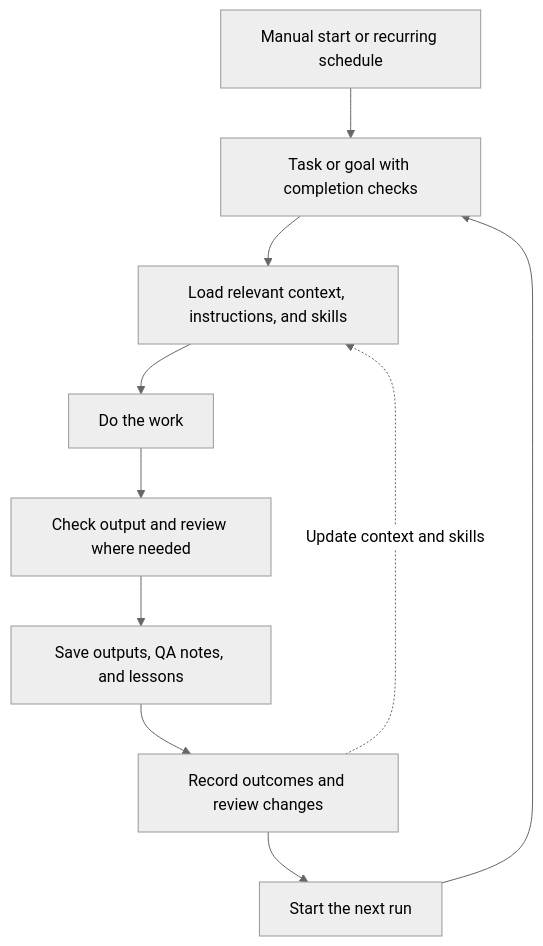
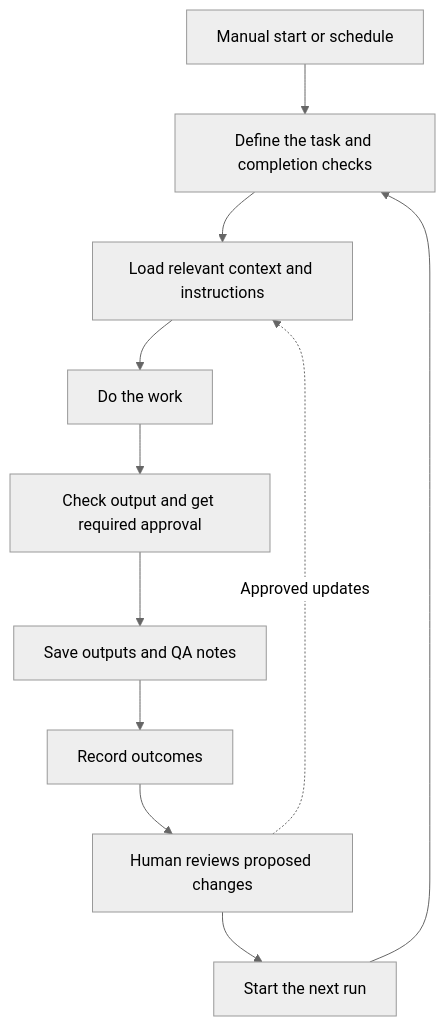
One commit to JamesonCodes/project-showcase changed the diagram in docs/repository-driven-ai-workflows.md. Above: the diagram before and after it, drawn with Mermaid (neutral theme). The commit also changed other lines of this file, not shown here.

````diff
--- a/docs/repository-driven-ai-workflows.md
+++ b/docs/repository-driven-ai-workflows.md
@@ -17,12 +15,13 @@
 ```mermaid
 flowchart TD
-    Start[Manual start or recurring schedule] --> Task[Task or goal with completion checks]
-    Task --> Context[Load relevant context, instructions, and skills]
+    Start[Manual start or schedule] --> Task[Define the task and completion checks]
+    Task --> Context[Load relevant context and instructions]
     Context --> Work[Do the work]
-    Work --> Review[Check output and review where needed]
-    Review --> Save[Save outputs, QA notes, and lessons]
-    Save --> Feedback[Record outcomes and review changes]
-    Feedback --> Next[Start the next run]
+    Work --> Review[Check output and get required approval]
+    Review --> Save[Save outputs and QA notes]
+    Save --> Outcomes[Record outcomes]
+    Outcomes --> Changes[Human reviews proposed changes]
+    Changes --> Next[Start the next run]
     Next --> Task
-    Feedback -. Update context and skills .-> Context
+    Changes -. Approved updates .-> Context
 ```
````
